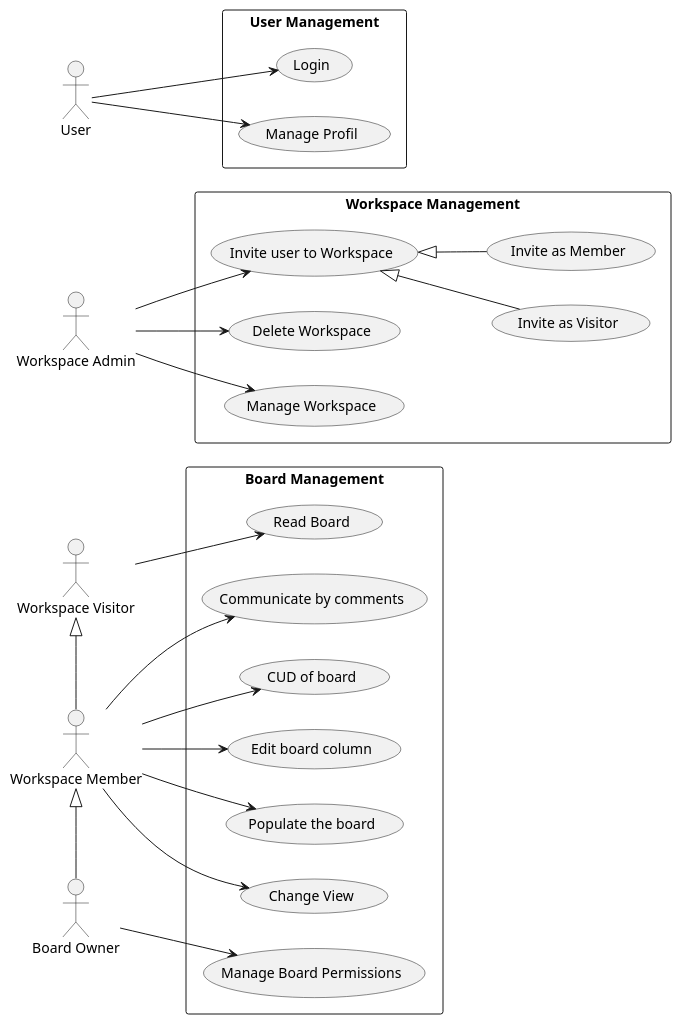
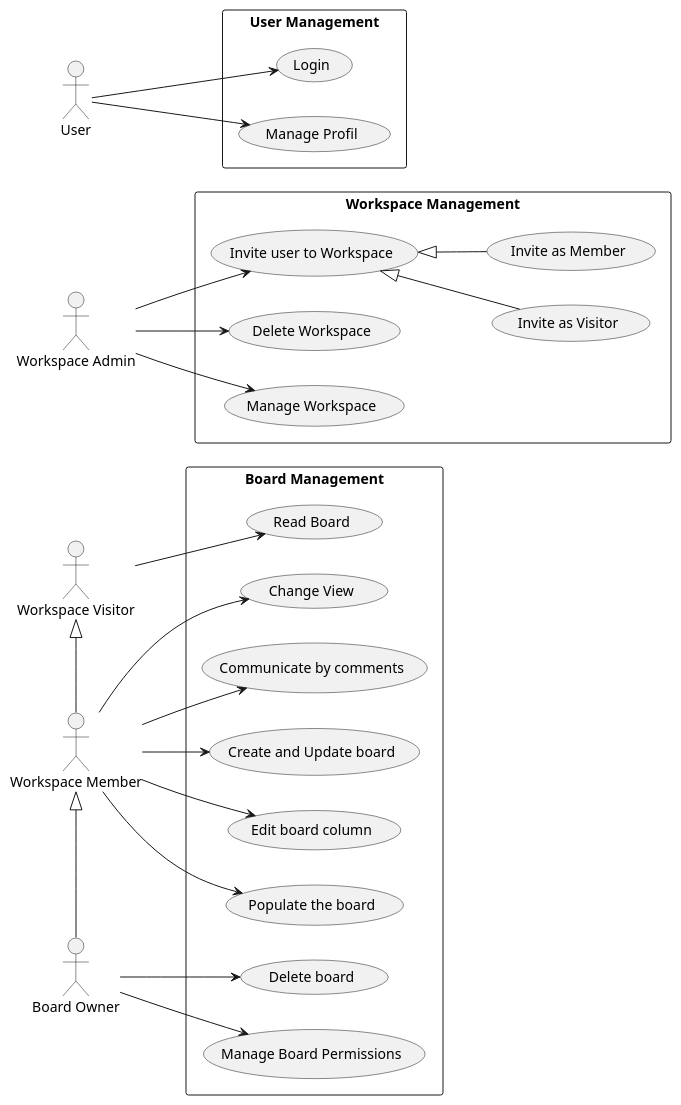
The diagram in usecase.plantuml (tirgue/TeamPoint), drawn with PlantUML before and after one commit. The commit also changed 1 other file, not shown here.

Commit message:
Update usecase

```diff
--- a/usecase.plantuml
+++ b/usecase.plantuml
@@ -1,49 +1,51 @@
 @startuml
 left to right direction
 
 actor "Workspace Admin" as WorkspaceAdmin
 actor User
 actor "Workspace Member" as WorkspaceMember
 actor "Board Owner" as BoardOwner
 actor "Workspace Visitor" as WorkspaceVisitor
 
 rectangle "User Management" {
   usecase "Login" as UC112
   usecase "Manage Profil" as UC113
 }
 User --> UC112
 User --> UC113
 
 rectangle "Workspace Management" as Workspace_Management{
   usecase "Invite user to Workspace" as UC107
   usecase "Delete Workspace" as UC108
   usecase "Invite as Visitor" as UC114
   usecase "Invite as Member" as UC115
   usecase "Manage Workspace" as UC110
 }
 WorkspaceAdmin --> UC108
 WorkspaceAdmin --> UC107
 WorkspaceAdmin --> UC110
 UC107 <|-- UC114
 UC107 <|-- UC115
 
 rectangle "Board Management" as Boad_Management{
-  usecase "CUD of board" as UC101
+  usecase "Create and Update board" as UC101
   usecase "Edit board column" as UC102
   usecase "Populate the board" as UC103
   usecase "Change View" as UC104
   usecase "Communicate by comments" as UC105
   usecase "Manage Board Permissions" as UC106
   usecase "Read Board" as UC116
+  usecase "Delete board" as UC117
 }
 WorkspaceMember <|-right- BoardOwner
 WorkspaceVisitor <|-right- WorkspaceMember
 WorkspaceMember --> UC101
 WorkspaceMember --> UC103
 WorkspaceMember --> UC102
 WorkspaceMember --> UC104
 WorkspaceMember --> UC105
 BoardOwner --> UC106
+BoardOwner --> UC117
 WorkspaceVisitor --> UC116
 
 @enduml
```
